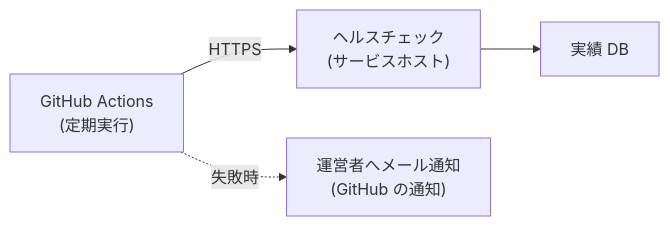
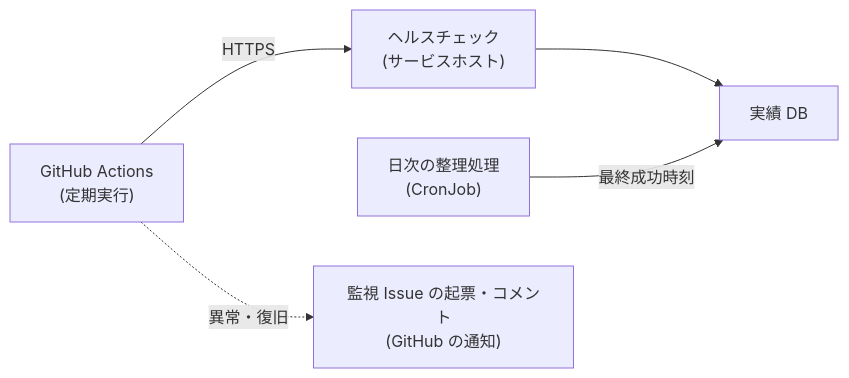
The seventh of 7 diagrams in docs/02.design/DESIGN.md (Seiya-Nakagawa/Portfolio), drawn with Mermaid before and after one commit. The commit also changed other lines of this file and 23 other files, not shown here.

````diff
--- a/docs/02.design/DESIGN.md
+++ b/docs/02.design/DESIGN.md
@@ -1185,6 +1207,7 @@
 ```mermaid
 graph LR
     GHA["GitHub Actions<br/>(定期実行)"] -->|HTTPS| HC["ヘルスチェック<br/>(サービスホスト)"]
     HC --> DB["実績 DB"]
-    GHA -.失敗時.-> MAIL["運営者へメール通知<br/>(GitHub の通知)"]
+    CJ["日次の整理処理<br/>(CronJob)"] -->|最終成功時刻| DB
+    GHA -.異常・復旧.-> ISSUE["監視 Issue の起票・コメント<br/>(GitHub の通知)"]
 ```
````
